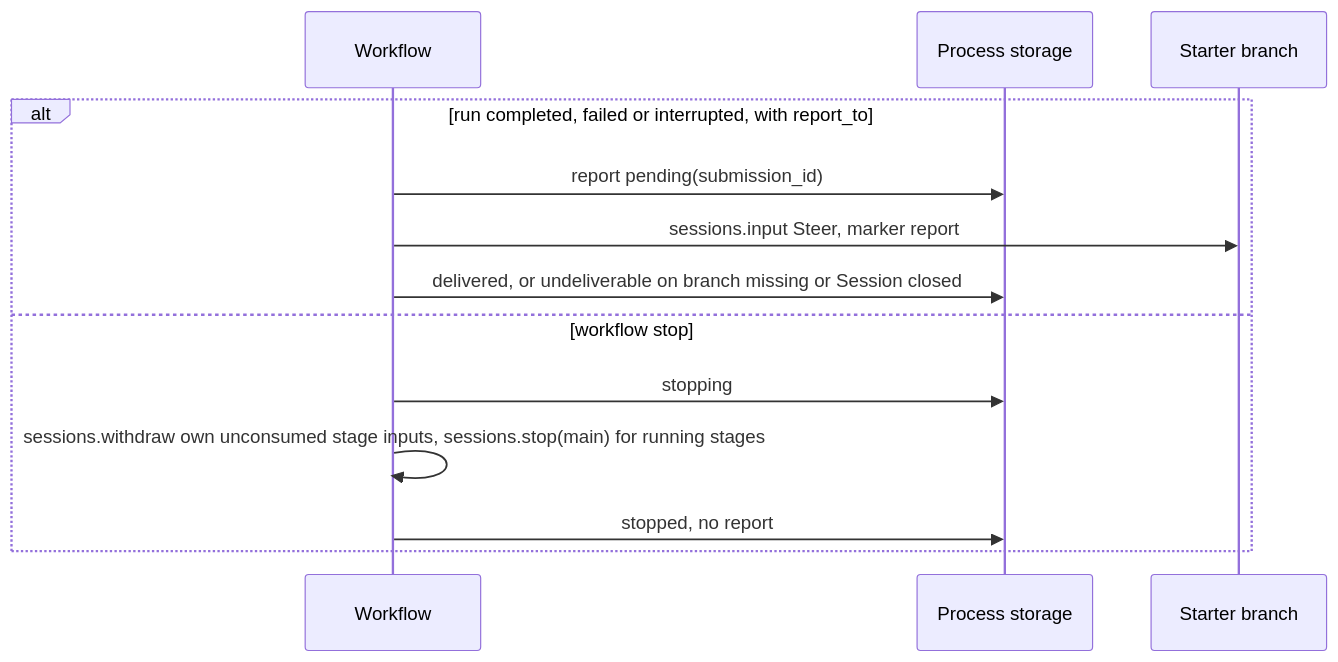
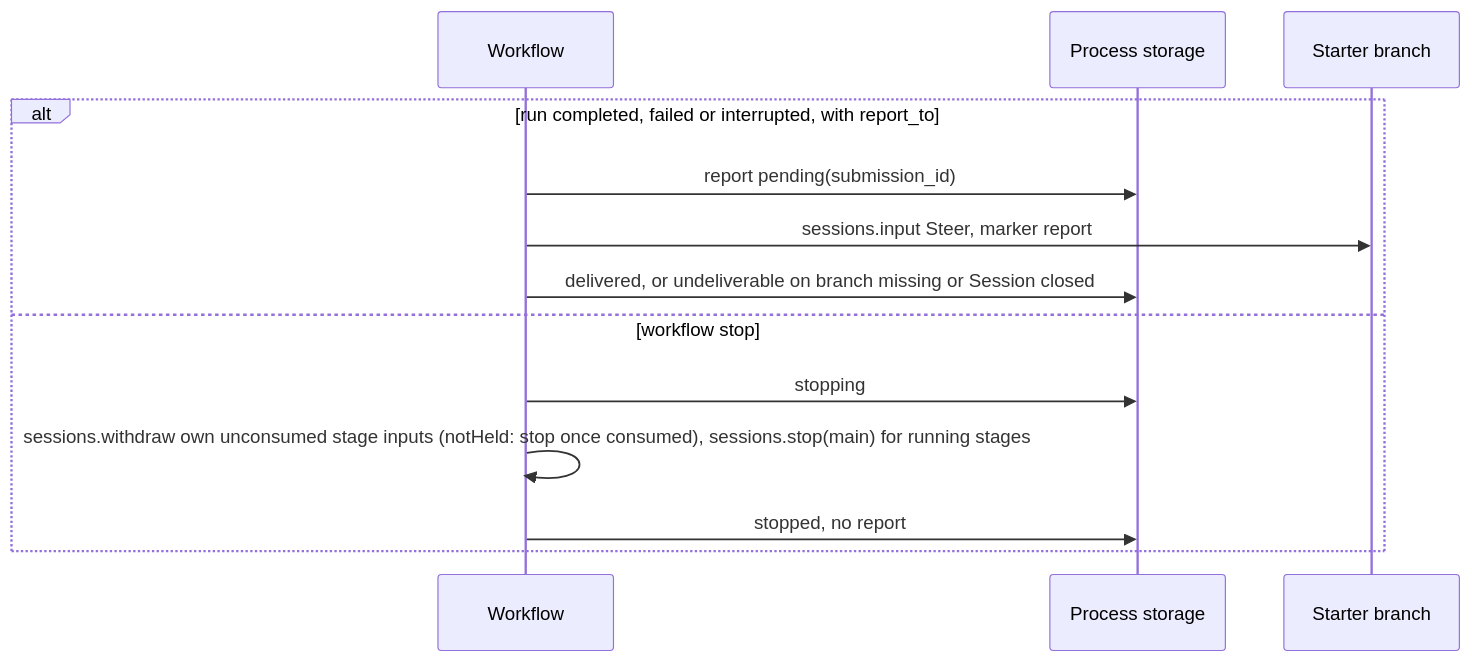
Before and after one commit to CoutinhoTTS/dim-agent: the fourth of 6 diagrams in docs/design/plugins/Workflow.md, drawn with Mermaid. The commit also changed other lines of this file and 18 other files, not shown here.

````diff
--- a/docs/design/plugins/Workflow.md
+++ b/docs/design/plugins/Workflow.md
@@ -121,15 +121,15 @@
 ```mermaid
 sequenceDiagram
   participant WF as Workflow
   participant ST as Process storage
   participant STB as Starter branch
   alt run completed, failed or interrupted, with report_to
     WF->>ST: report pending(submission_id)
     WF->>STB: sessions.input Steer, marker report
     WF->>ST: delivered, or undeliverable on branch missing or Session closed
   else workflow stop
     WF->>ST: stopping
-    WF->>WF: sessions.withdraw own unconsumed stage inputs, sessions.stop(main) for running stages
+    WF->>WF: sessions.withdraw own unconsumed stage inputs (notHeld: stop once consumed), sessions.stop(main) for running stages
     WF->>ST: stopped, no report
   end
 ```
````
